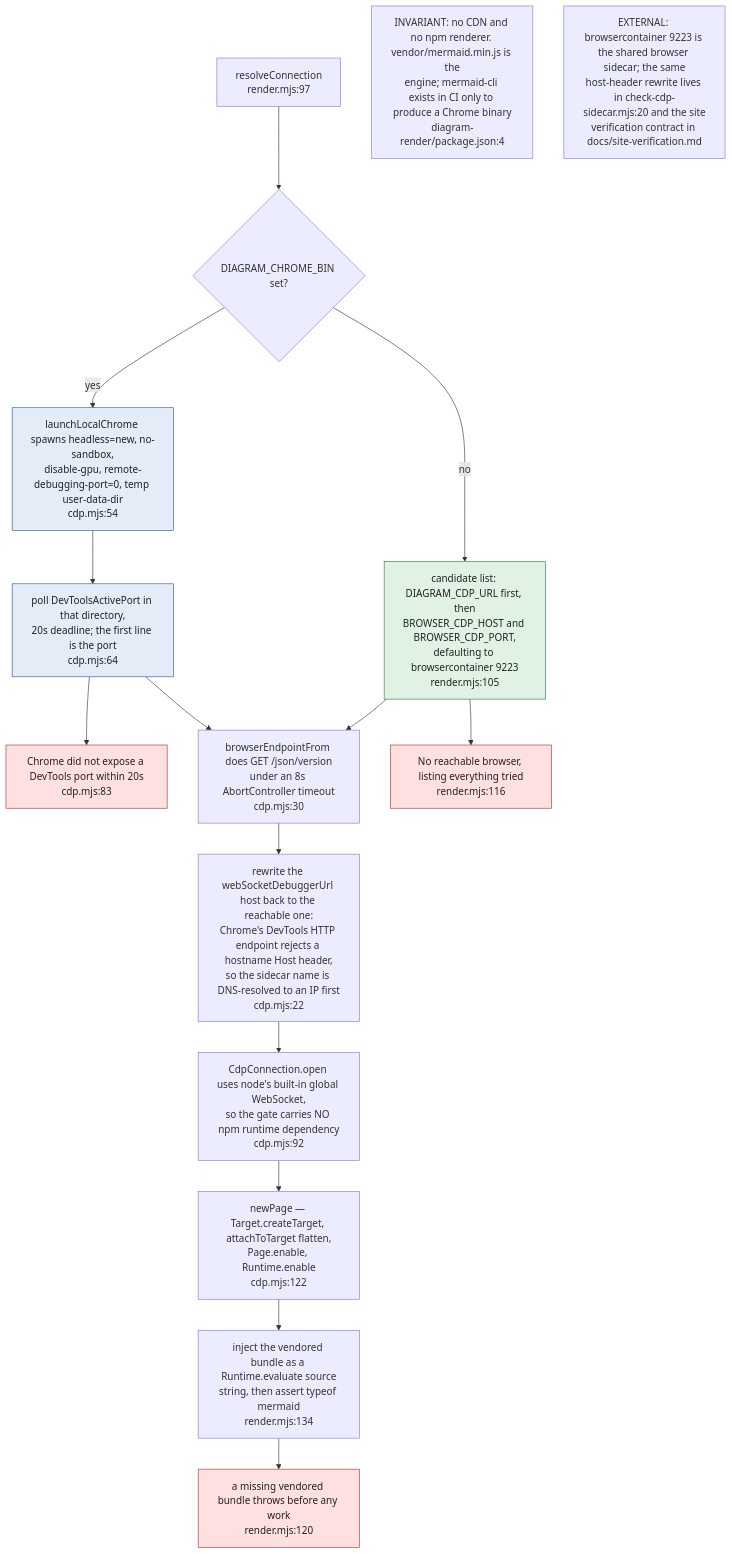
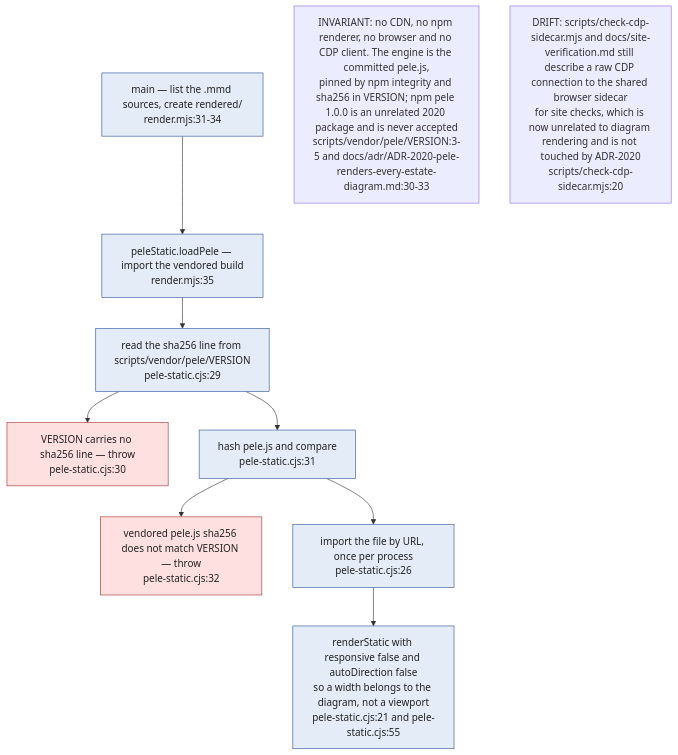
The third of 15 diagrams in docs/diagrams/visionflow/06-diagram-tooling.md (DreamLab-AI/VisionFlow), drawn with Mermaid before and after one commit. The commit also changed other lines of this file and 160 other files, not shown here.

````diff
--- a/docs/diagrams/visionflow/06-diagram-tooling.md
+++ b/docs/diagrams/visionflow/06-diagram-tooling.md
@@ -127,27 +126,16 @@
 ```mermaid
 flowchart TB
     classDef ci fill:#e4ecf8,stroke:#33559a,color:#222
-    classDef local fill:#e0f2e4,stroke:#2f7a45,color:#222
     classDef fail fill:#ffe0e0,stroke:#aa3333,color:#222
 
-    START["resolveConnection<br/>render.mjs:97"] --> Q1{"DIAGRAM_CHROME_BIN set?"}
+    START["main — list the .mmd sources, create rendered/<br/>render.mjs:31-34"]:::ci --> LOAD["peleStatic.loadPele — import the vendored build<br/>render.mjs:35"]:::ci
+    LOAD --> PIN["read the sha256 line from scripts/vendor/pele/VERSION<br/>pele-static.cjs:29"]:::ci
+    PIN --> NOPIN["VERSION carries no sha256 line — throw<br/>pele-static.cjs:30"]:::fail
+    PIN --> HASH["hash pele.js and compare<br/>pele-static.cjs:31"]:::ci
+    HASH --> MISMATCH["vendored pele.js sha256 does not match VERSION — throw<br/>pele-static.cjs:32"]:::fail
+    HASH --> IMPORT["import the file by URL, once per process<br/>pele-static.cjs:26"]:::ci
+    IMPORT --> RENDER["renderStatic with responsive false and autoDirection false<br/>so a width belongs to the diagram, not a viewport<br/>pele-static.cjs:21 and pele-static.cjs:55"]:::ci
 
-    Q1 -->|yes| LAUNCH["launchLocalChrome spawns headless=new, no-sandbox,<br/>disable-gpu, remote-debugging-port=0, temp user-data-dir<br/>cdp.mjs:54"]:::ci
-    LAUNCH --> PORT["poll DevToolsActivePort in that directory,<br/>20s deadline; the first line is the port<br/>cdp.mjs:64"]:::ci
-    PORT --> TO["Chrome did not expose a DevTools port within 20s<br/>cdp.mjs:83"]:::fail
-    PORT --> EP
-
-    Q1 -->|no| CANDS["candidate list: DIAGRAM_CDP_URL first, then<br/>BROWSER_CDP_HOST and BROWSER_CDP_PORT,<br/>defaulting to browsercontainer 9223<br/>render.mjs:105"]:::local
-    CANDS --> EP["browserEndpointFrom does GET /json/version<br/>under an 8s AbortController timeout<br/>cdp.mjs:30"]
-    EP --> REWRITE["rewrite the webSocketDebuggerUrl host back to the reachable one:<br/>Chrome's DevTools HTTP endpoint rejects a hostname Host header,<br/>so the sidecar name is DNS-resolved to an IP first<br/>cdp.mjs:22"]
-    REWRITE --> OPEN["CdpConnection.open uses node's built-in global WebSocket,<br/>so the gate carries NO npm runtime dependency<br/>cdp.mjs:92"]
-    OPEN --> PAGE["newPage — Target.createTarget, attachToTarget flatten,<br/>Page.enable, Runtime.enable<br/>cdp.mjs:122"]
-
-    CANDS --> ALLFAIL["No reachable browser, listing everything tried<br/>render.mjs:116"]:::fail
-
-    PAGE --> LOADM["inject the vendored bundle as a Runtime.evaluate source<br/>string, then assert typeof mermaid<br/>render.mjs:134"]
-    LOADM --> MISSING["a missing vendored bundle throws before any work<br/>render.mjs:120"]:::fail
-
-    NOTE["INVARIANT: no CDN and no npm renderer. vendor/mermaid.min.js is the<br/>engine; mermaid-cli exists in CI only to produce a Chrome binary<br/>diagram-render/package.json:4"]
-    NOTE2["EXTERNAL: browsercontainer 9223 is the shared browser sidecar; the same<br/>host-header rewrite lives in check-cdp-sidecar.mjs:20 and the site<br/>verification contract in docs/site-verification.md"]
+    NOTE["INVARIANT: no CDN, no npm renderer, no browser and no CDP client. The engine is the committed pele.js,<br/>pinned by npm integrity and sha256 in VERSION; npm pele 1.0.0 is an unrelated 2020 package and is never accepted<br/>scripts/vendor/pele/VERSION:3-5 and docs/adr/ADR-2020-pele-renders-every-estate-diagram.md:30-33"]
+    NOTE2["DRIFT: scripts/check-cdp-sidecar.mjs and docs/site-verification.md still describe a raw CDP connection to the shared browser sidecar<br/>for site checks, which is now unrelated to diagram rendering and is not touched by ADR-2020<br/>scripts/check-cdp-sidecar.mjs:20"]
 ```
````
